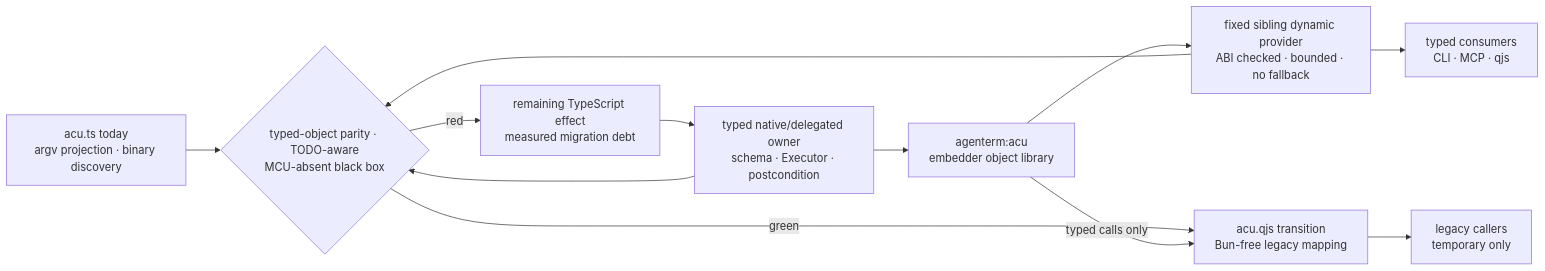
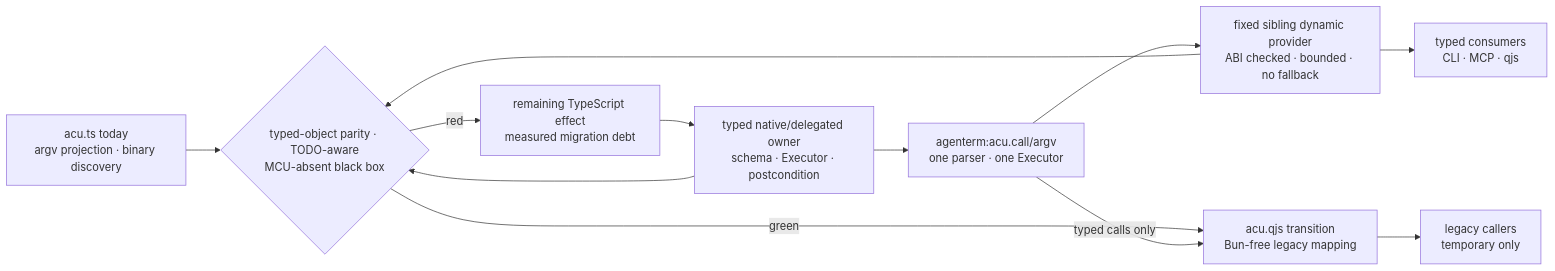
One commit to partnernetsoftware/agenterm changed the first of 19 diagrams in prd/PRD_02_28_agenterm_cu.md. Above: the diagram before and after it, drawn with Mermaid. The commit also changed other lines of this file and 10 other files, not shown here.

Commit message:
script: add versioned ACU argv object

````diff
--- a/prd/PRD_02_28_agenterm_cu.md
+++ b/prd/PRD_02_28_agenterm_cu.md
@@ -154,19 +157,19 @@
   ```mermaid
   flowchart LR
     TS["acu.ts today<br/>argv projection · binary discovery"]
     OWNER["typed native/delegated owner<br/>schema · Executor · postcondition"]
-    OBJ["agenterm:acu<br/>embedder object library"]
+    OBJ["agenterm:acu.call/argv<br/>one parser · one Executor"]
     PROVIDER["fixed sibling dynamic provider<br/>ABI checked · bounded · no fallback"]
     GATE{"typed-object parity · TODO-aware<br/>MCU-absent black box"}
     QJS["acu.qjs transition<br/>Bun-free legacy mapping"]
     USERS["typed consumers<br/>CLI · MCP · qjs"]
     LEGACY["legacy callers<br/>temporary only"]
     DEBT["remaining TypeScript effect<br/>measured migration debt"]
     OWNER --> OBJ --> PROVIDER --> USERS
     TS --> GATE
     OWNER --> GATE
     PROVIDER --> GATE
     GATE -->|red| DEBT --> OWNER
     GATE -->|green| QJS --> LEGACY
     OBJ -->|typed calls only| QJS
   ```
````
